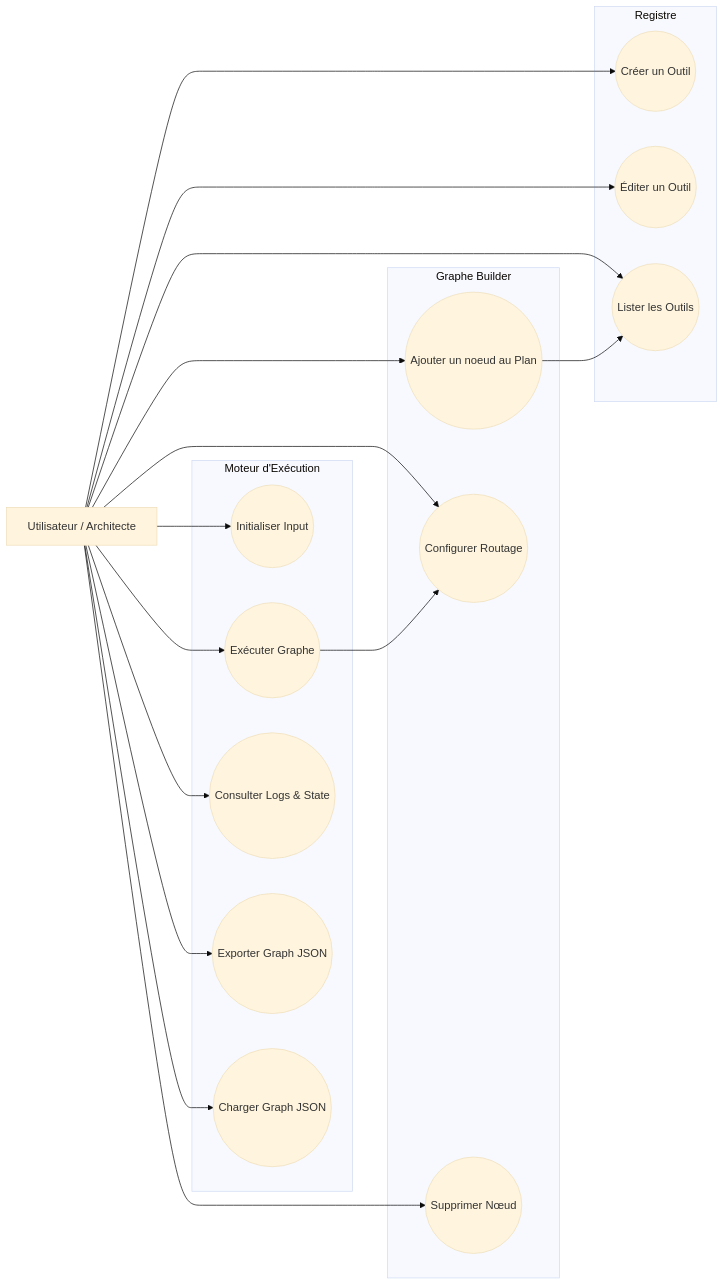
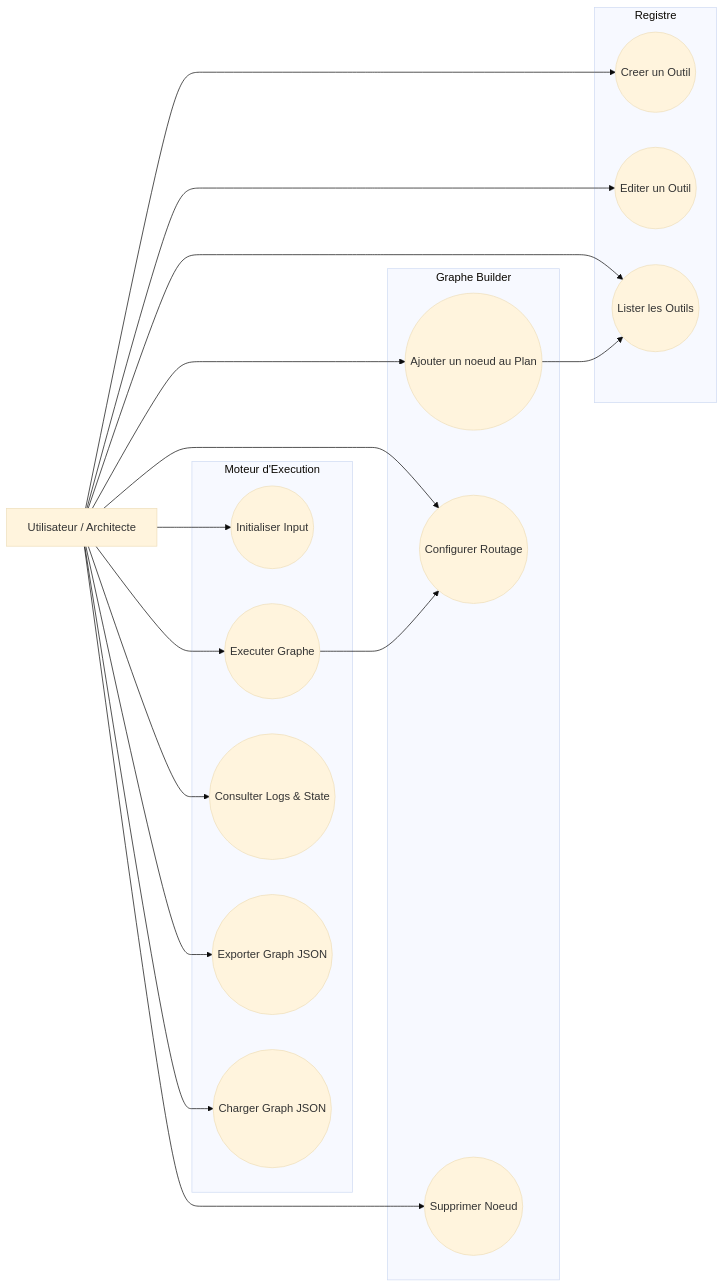
One commit to fanama/agentic-chain changed the first of 3 diagrams in README.md. Above: the diagram before and after it, drawn with Mermaid (base theme). The commit also changed other lines of this file and 30 other files, not shown here.

````diff
--- a/README.md
+++ b/README.md
@@ -23,41 +77,39 @@
 ```mermaid
 flowchart LR
     client[Utilisateur / Architecte]
 
     subgraph Registre
-        createTool((Créer un Outil))
-        editTool((Éditer un Outil))
+        createTool((Creer un Outil))
+        editTool((Editer un Outil))
         viewTools((Lister les Outils))
     end
 
     subgraph Graphe Builder
         addNode((Ajouter un noeud au Plan))
         configNode((Configurer Routage))
-        deleteNode((Supprimer Nœud))
+        deleteNode((Supprimer Noeud))
     end
 
-    subgraph Moteur d'Exécution
+    subgraph Moteur d'Execution
         initPlan((Initialiser Input))
-        execPlan((Exécuter Graphe))
+        execPlan((Executer Graphe))
         viewLogs((Consulter Logs & State))
         exportPlan((Exporter Graph JSON))
         loadPlan((Charger Graph JSON))
     end
 
     client --> createTool
     client --> editTool
     client --> viewTools
-
     client --> addNode
     client --> configNode
     client --> deleteNode
-
     client --> initPlan
     client --> execPlan
     client --> viewLogs
     client --> loadPlan
     client --> exportPlan
 
-    addNode --> viewTools 
-    execPlan --> configNode 
+    addNode --> viewTools
+    execPlan --> configNode
 ```
````
